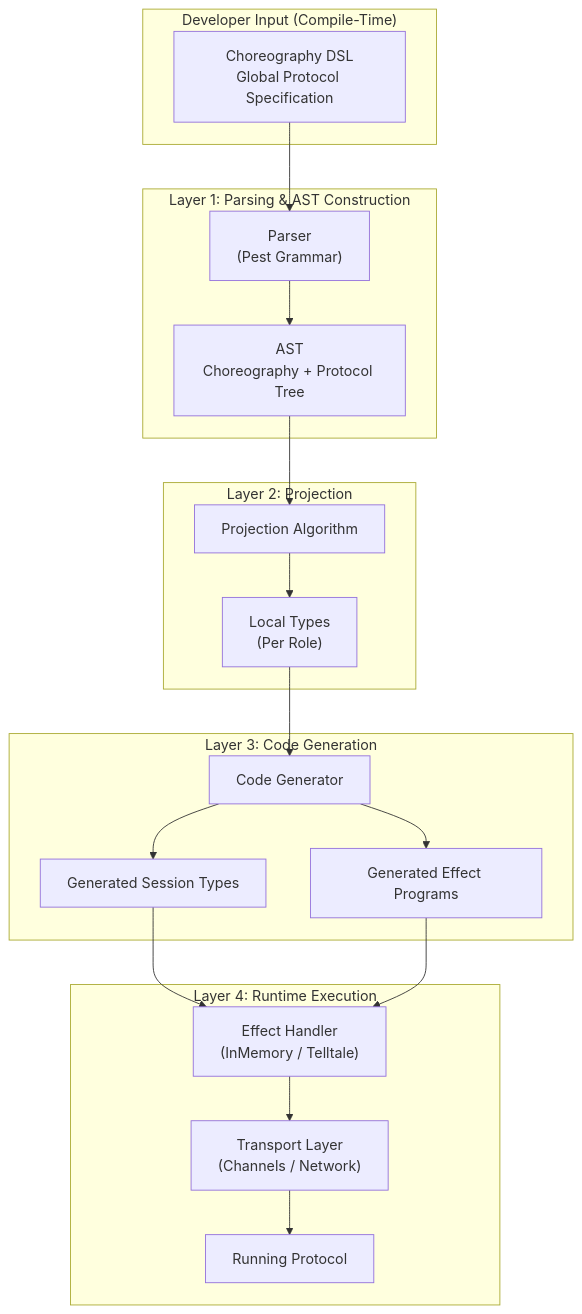
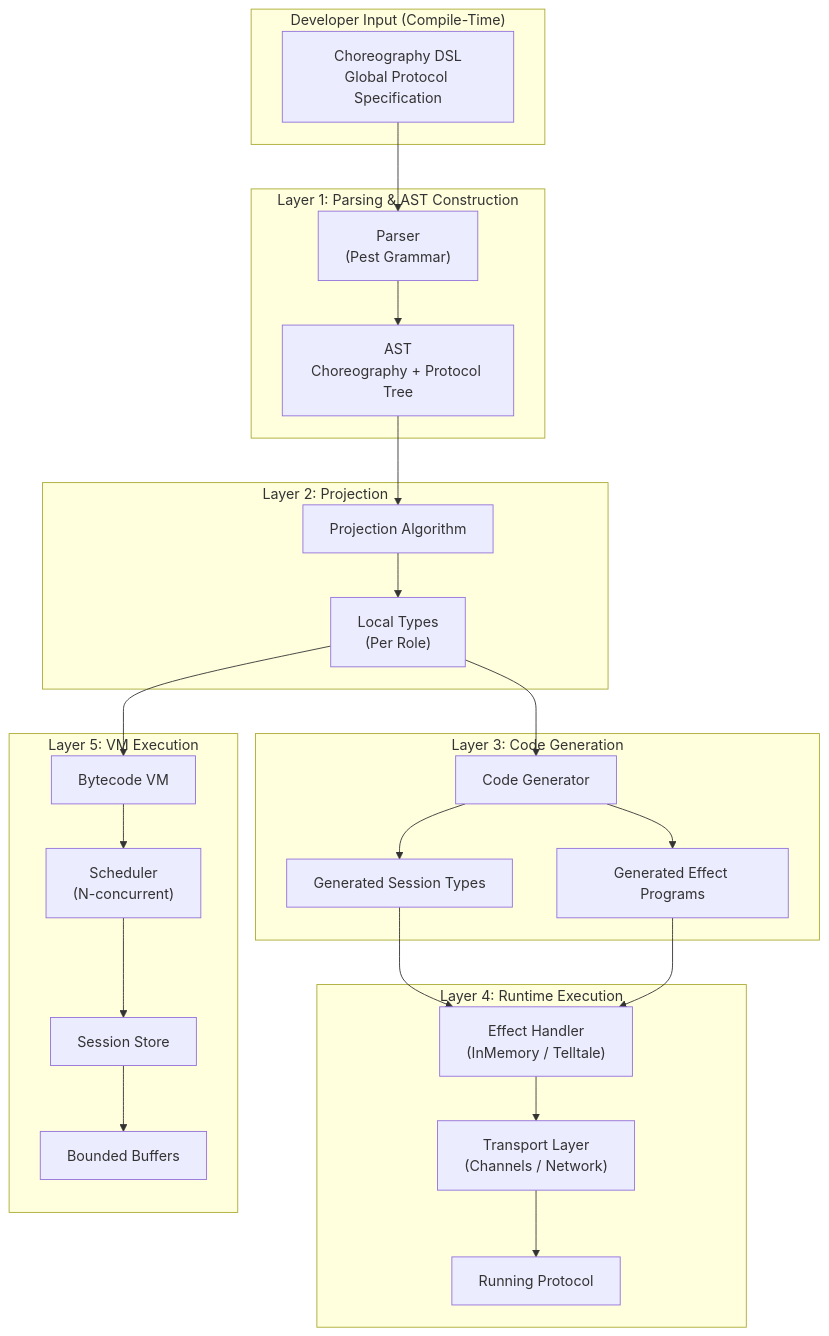
The diagram in docs/02_architecture.md (hxrts/telltale), drawn with Mermaid before and after one commit. The commit also changed other lines of this file and 24 other files, not shown here.

First line of the commit message:
Reorganize docs for intuitive reading flow

````diff
--- a/docs/02_architecture.md
+++ b/docs/02_architecture.md
@@ -16,40 +17,51 @@
 ```mermaid
 graph TB
     subgraph Input["Developer Input (Compile-Time)"]
         DSL["Choreography DSL<br/>Global Protocol Specification"]
     end
 
     subgraph Layer1["Layer 1: Parsing & AST Construction"]
         Parser["Parser<br/>(Pest Grammar)"]
         AST["AST<br/>Choreography + Protocol Tree"]
     end
 
     subgraph Layer2["Layer 2: Projection"]
         Proj["Projection Algorithm"]
         LT["Local Types<br/>(Per Role)"]
     end
 
     subgraph Layer3["Layer 3: Code Generation"]
         CodeGen["Code Generator"]
         Session["Generated Session Types"]
         Effects["Generated Effect Programs"]
     end
 
     subgraph Layer4["Layer 4: Runtime Execution"]
         Handler["Effect Handler<br/>(InMemory / Telltale)"]
         Transport["Transport Layer<br/>(Channels / Network)"]
         Exec["Running Protocol"]
     end
 
+    subgraph Layer5["Layer 5: VM Execution"]
+        VM["Bytecode VM"]
+        Scheduler["Scheduler<br/>(N-concurrent)"]
+        Sessions["Session Store"]
+        Buffers["Bounded Buffers"]
+    end
+
     DSL --> Parser
     Parser --> AST
     AST --> Proj
     Proj --> LT
     LT --> CodeGen
     CodeGen --> Session
     CodeGen --> Effects
     Session --> Handler
     Effects --> Handler
     Handler --> Transport
     Transport --> Exec
+    LT --> VM
+    VM --> Scheduler
+    Scheduler --> Sessions
+    Sessions --> Buffers
 ```
````
